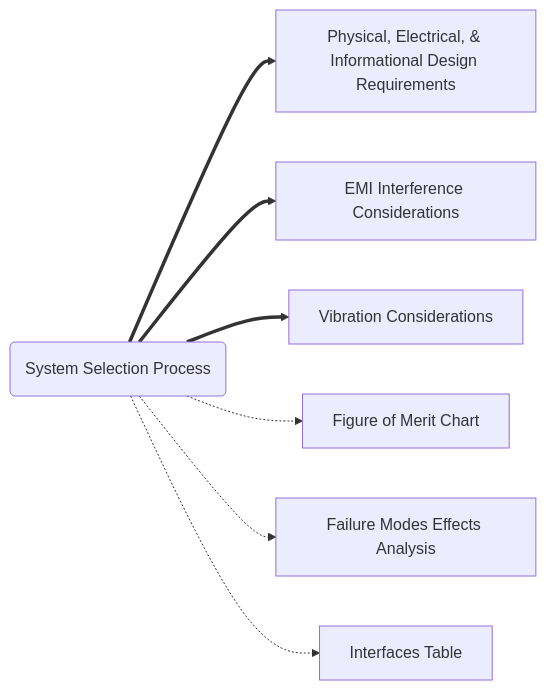
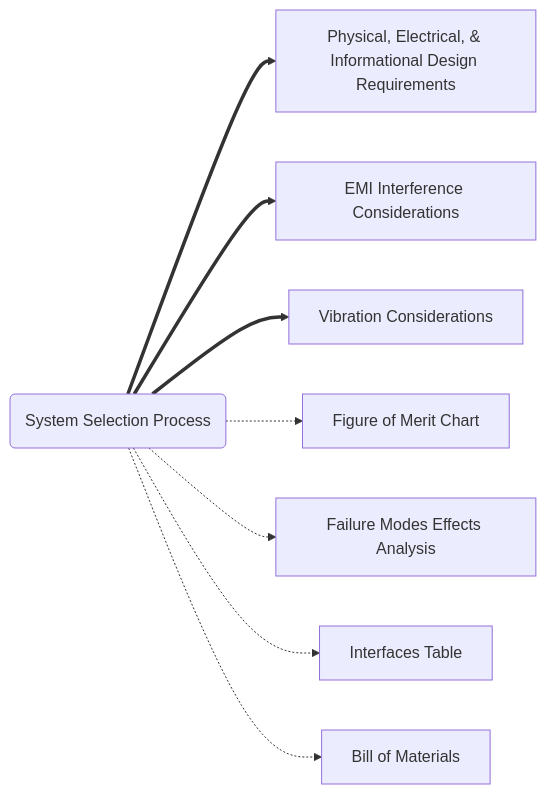
The diagram in Section 2 System Design and Selection.md (UA-ACUASI-Engineering/Payload_Integration), drawn with Mermaid before and after one commit. The commit also changed other lines of this file and 8 other files, not shown here.

````diff
--- a/Section 2 System Design and Selection.md
+++ b/Section 2 System Design and Selection.md
@@ -14,10 +14,11 @@
 ```mermaid
 graph LR
     Sel(System Selection Process) ==> Req[Physical, Electrical, & Informational Design Requirements]
     Sel ==> EMI[EMI Interference Considerations]
     Sel ==> Vib[Vibration Considerations]
     Sel -.-> FOM[Figure of Merit Chart]
     Sel -.-> FMEA[Failure Modes Effects Analysis]
     Sel -.-> Int[Interfaces Table]
+    Sel -.-> BOM[Bill of Materials]
 
 ```
````
